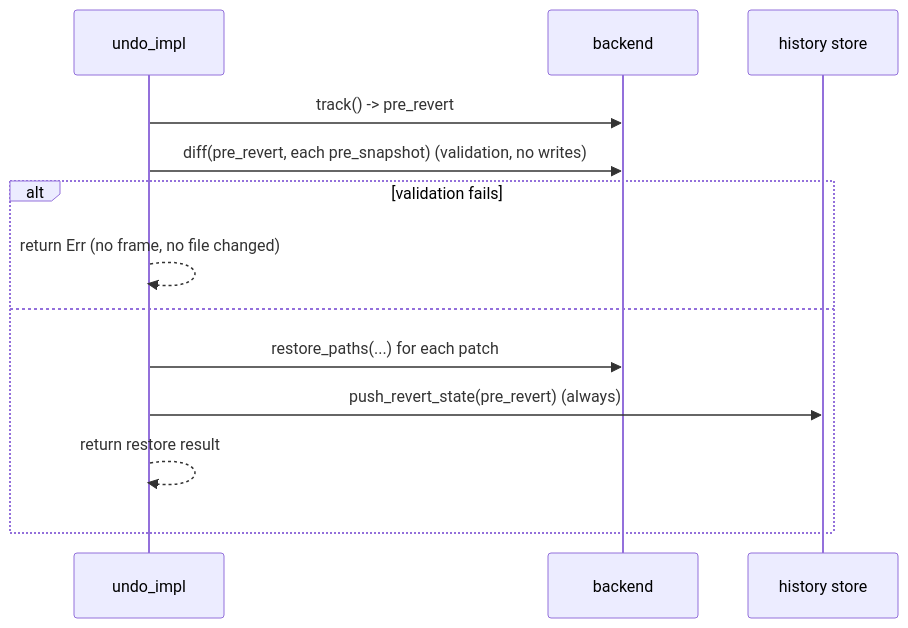
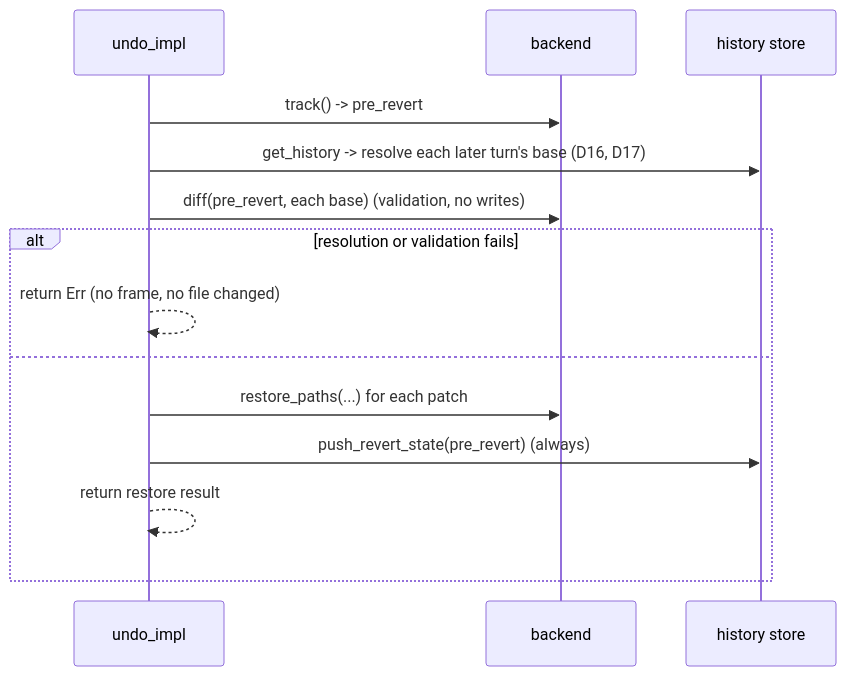
Before and after one commit to querymt/querymt: the second of 2 diagrams in openspec/changes/fix-undo-snapshot-coverage/design.md, drawn with Mermaid. The commit also changed other lines of this file and 30 other files, not shown here.

````diff
--- a/openspec/changes/fix-undo-snapshot-coverage/design.md
+++ b/openspec/changes/fix-undo-snapshot-coverage/design.md
@@ -213,15 +218,16 @@
 ```mermaid
 sequenceDiagram
     participant U as undo_impl
     participant B as backend
     participant S as history store
     U->>B: track() -> pre_revert
-    U->>B: diff(pre_revert, each pre_snapshot)  (validation, no writes)
-    alt validation fails
+    U->>S: get_history -> resolve each later turn's base (D16, D17)
+    U->>B: diff(pre_revert, each base)  (validation, no writes)
+    alt resolution or validation fails
         U-->>U: return Err (no frame, no file changed)
     else
         U->>B: restore_paths(...) for each patch
         U->>S: push_revert_state(pre_revert)  (always)
         U-->>U: return restore result
     end
 ```
````
